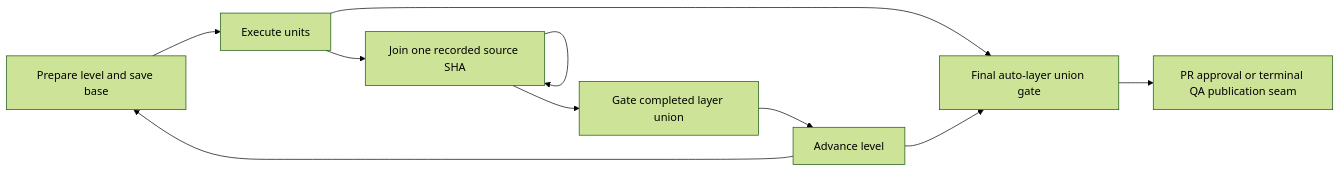
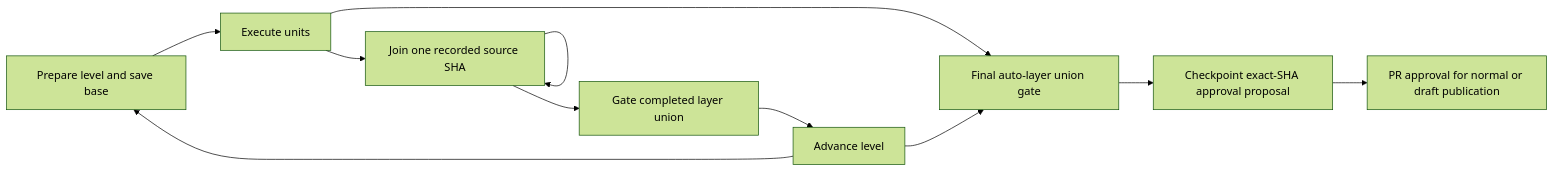
One commit to smith-and-web/blacksmith changed the second of 2 diagrams in docs/heavy-prd-run-context.md. Above: the diagram before and after it, drawn with Mermaid (forest theme). The commit also changed other lines of this file and 44 other files, not shown here.

Commit message:
feat: bind normal and draft publication to exact candidate approval

````diff
--- a/docs/heavy-prd-run-context.md
+++ b/docs/heavy-prd-run-context.md
@@ -286,12 +289,13 @@
 ```mermaid
 flowchart LR
     P[Prepare level and save base] --> U[Execute units]
     U --> J[Join one recorded source SHA]
     J --> J
     J --> I[Gate completed layer union]
     I --> A[Advance level]
     A --> P
     U --> F[Final auto-layer union gate]
     A --> F
-    F --> R[PR approval or terminal QA publication seam]
+    F --> R[Checkpoint exact-SHA approval proposal]
+    R --> A1[PR approval for normal or draft publication]
 ```
````
